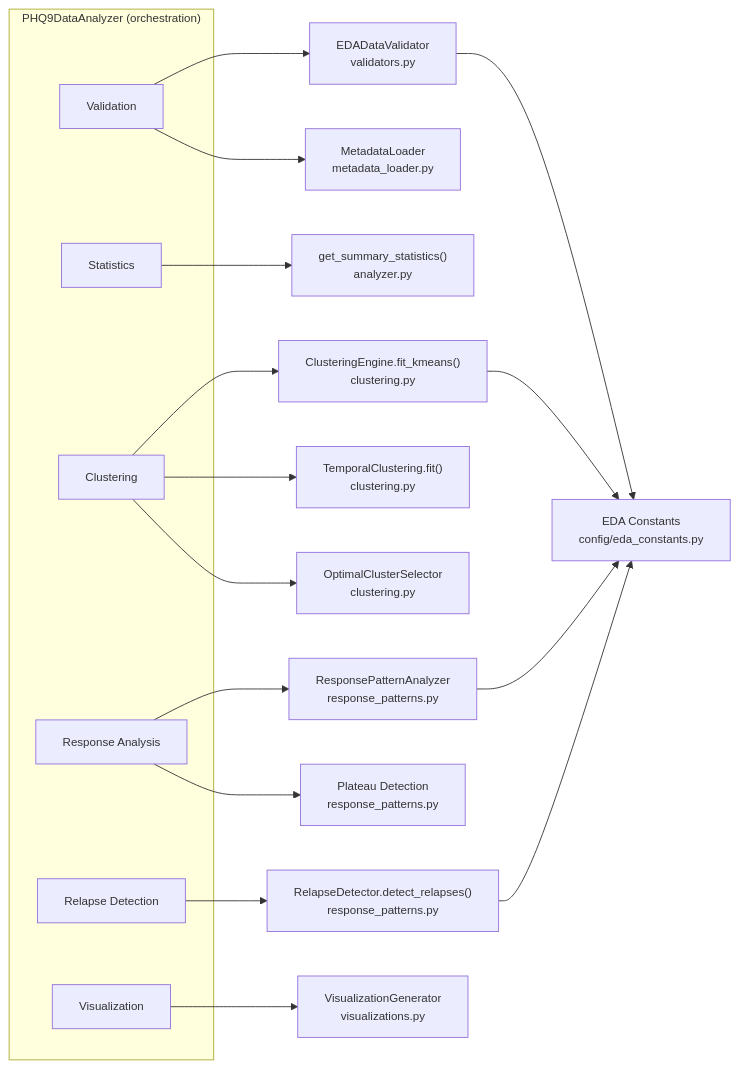
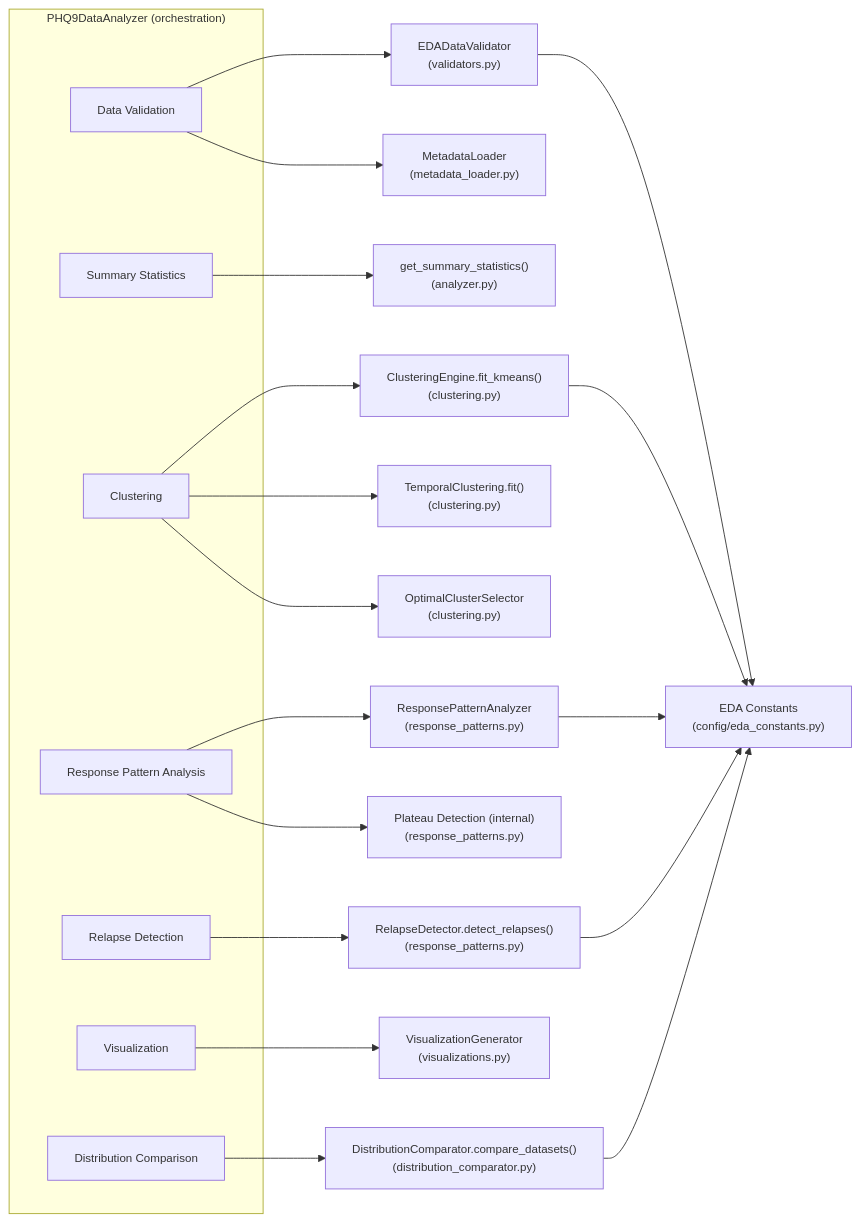
Before and after one commit to satyaki-mitra/Temporal-Changepoint-Detection: the diagram in src/eda/README.md, drawn with Mermaid.

Commit message:
Addition of EDA module

````diff
--- a/src/eda/README.md
+++ b/src/eda/README.md
@@ -42,38 +42,50 @@
 ```mermaid
 %%{init: {
-  "flowchart": {"nodeSpacing": 50, "rankSpacing": 60},
+  "flowchart": {"nodeSpacing": 55, "rankSpacing": 70},
   "themeVariables": {"fontSize": "13px"}
 }}%%
 flowchart LR
 
 subgraph Analyzer["PHQ9DataAnalyzer (orchestration)"]
-  V[Validation]
-  S[Statistics]
+  V[Data Validation]
+  S[Summary Statistics]
   C[Clustering]
-  R[Response Analysis]
+  R[Response Pattern Analysis]
   L[Relapse Detection]
   Z[Visualization]
+  D[Distribution Comparison]
 end
 
-V --> V1["EDADataValidator\nvalidators.py"]
-V --> V2["MetadataLoader\nmetadata_loader.py"]
+%% Validation
+V --> V1["EDADataValidator<br/>(validators.py)"]
+V --> V2["MetadataLoader<br/>(metadata_loader.py)"]
 
-S --> S1["get_summary_statistics()\nanalyzer.py"]
+%% Statistics
+S --> S1["get_summary_statistics()<br/>(analyzer.py)"]
 
-C --> C1["ClusteringEngine.fit_kmeans()\nclustering.py"]
-C --> C2["TemporalClustering.fit()\nclustering.py"]
-C --> C3["OptimalClusterSelector\nclustering.py"]
+%% Clustering
+C --> C1["ClusteringEngine.fit_kmeans()<br/>(clustering.py)"]
+C --> C2["TemporalClustering.fit()<br/>(clustering.py)"]
+C --> C3["OptimalClusterSelector<br/>(clustering.py)"]
 
-R --> R1["ResponsePatternAnalyzer\nresponse_patterns.py"]
-R --> R2["Plateau Detection\nresponse_patterns.py"]
+%% Response patterns
+R --> R1["ResponsePatternAnalyzer<br/>(response_patterns.py)"]
+R --> R2["Plateau Detection (internal)<br/>(response_patterns.py)"]
 
-L --> L1["RelapseDetector.detect_relapses()\nresponse_patterns.py"]
+%% Relapse
+L --> L1["RelapseDetector.detect_relapses()<br/>(response_patterns.py)"]
 
-Z --> Z1["VisualizationGenerator\nvisualizations.py"]
+%% Visualization
+Z --> Z1["VisualizationGenerator<br/>(visualizations.py)"]
 
-E["EDA Constants\nconfig/eda_constants.py"]
+%% Distribution comparison
+D --> D1["DistributionComparator.compare_datasets()<br/>(distribution_comparator.py)"]
+
+%% Shared constants
+E["EDA Constants<br/>(config/eda_constants.py)"]
 V1 --> E
 C1 --> E
 R1 --> E
 L1 --> E
+D1 --> E
 ```
````
